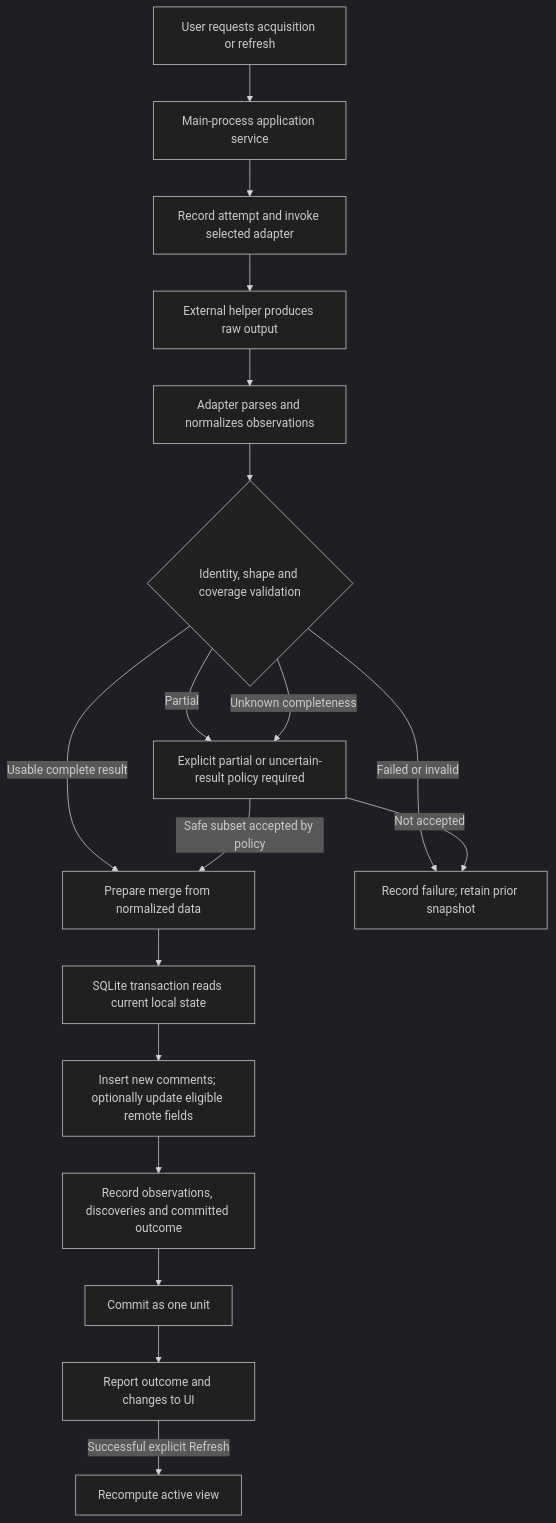
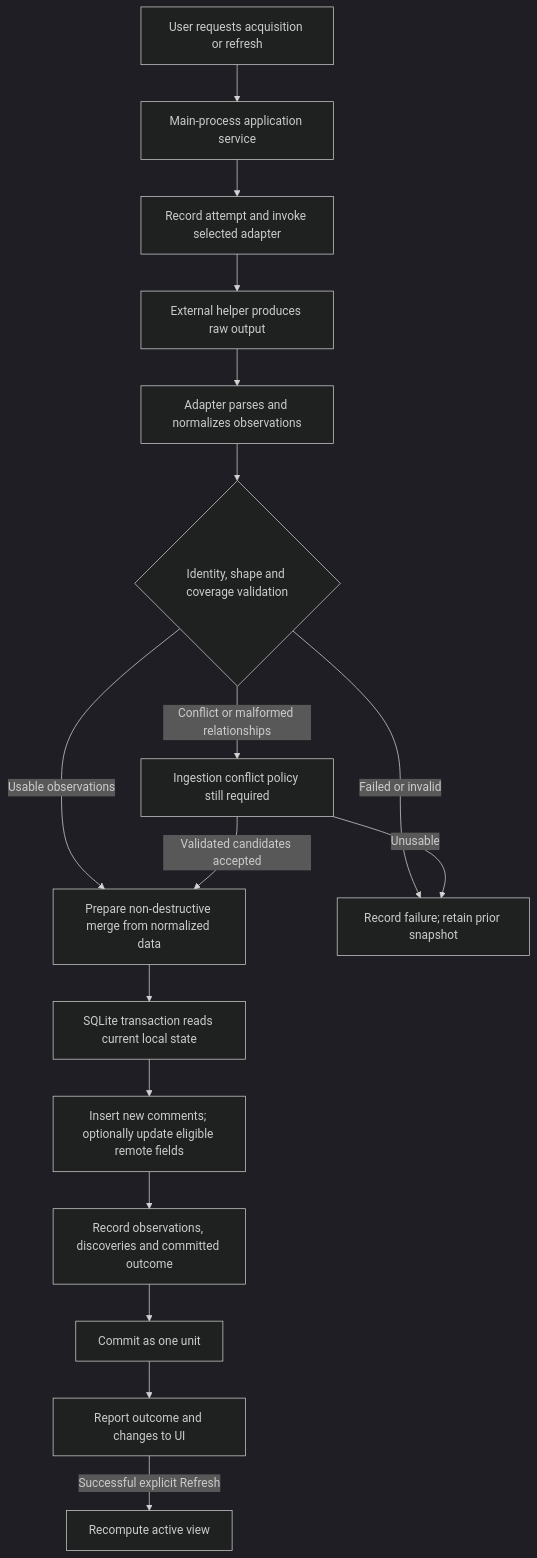
Before and after one commit to Ilethas/YouTube-Comments: the diagram in docs/REFRESH_AND_MERGE.md, drawn with Mermaid (dark theme). The commit also changed other lines of this file and 27 other files, not shown here.

````diff
--- a/docs/REFRESH_AND_MERGE.md
+++ b/docs/REFRESH_AND_MERGE.md
@@ -25,20 +25,19 @@
 ```mermaid
 flowchart TD
     A[User requests acquisition or refresh] --> B[Main-process application service]
     B --> C[Record attempt and invoke selected adapter]
     C --> D[External helper produces raw output]
     D --> E[Adapter parses and normalizes observations]
     E --> F{Identity, shape and coverage validation}
-    F -->|Usable complete result| G[Prepare merge from normalized data]
+    F -->|Usable observations| G[Prepare non-destructive merge from normalized data]
     F -->|Failed or invalid| H[Record failure; retain prior snapshot]
-    F -->|Partial| I[Explicit partial or uncertain-result policy required]
-    F -->|Unknown completeness| I
-    I -->|Safe subset accepted by policy| G
-    I -->|Not accepted| H
+    F -->|Conflict or malformed relationships| I[Ingestion conflict policy still required]
+    I -->|Validated candidates accepted| G
+    I -->|Unusable| H
     G --> J[SQLite transaction reads current local state]
     J --> K[Insert new comments; optionally update eligible remote fields]
     K --> L[Record observations, discoveries and committed outcome]
     L --> M[Commit as one unit]
     M --> N[Report outcome and changes to UI]
     N -->|Successful explicit Refresh| O[Recompute active view]
 ```
````
